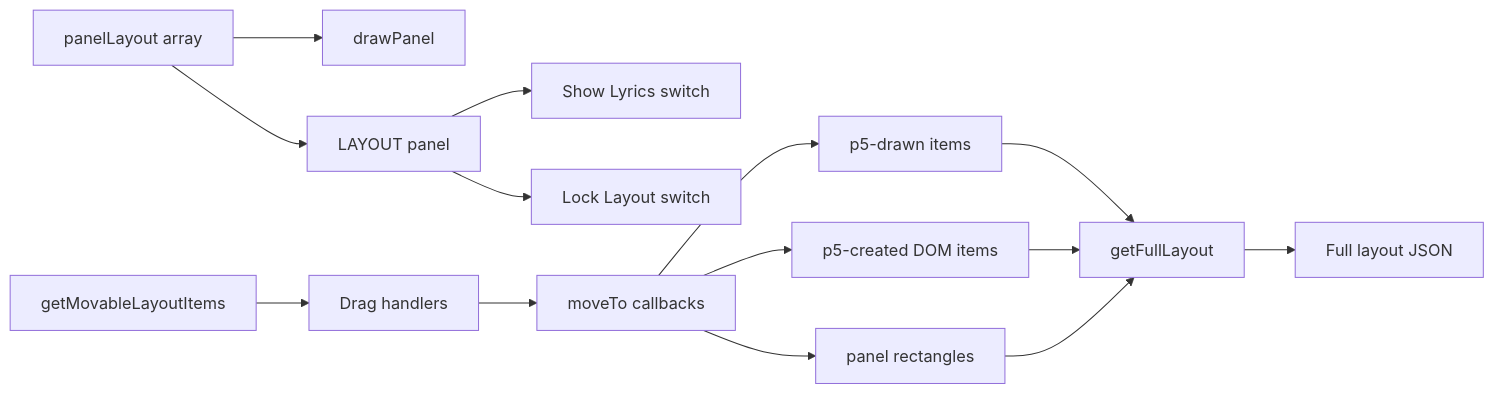
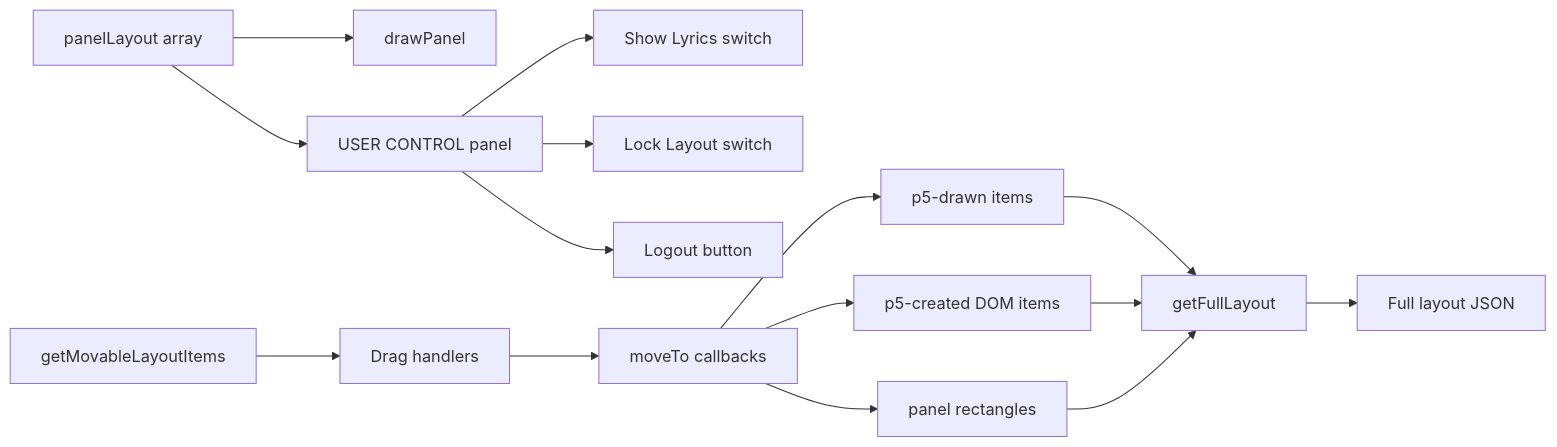
One commit to Leorivasc/neon_deck changed the ninth of 11 diagrams in doc/diagrams.md. Above: the diagram before and after it, drawn with Mermaid. The commit also changed other lines of this file and 6 other files, not shown here.

Commit message:
Component relocation, login checking, logout button

````diff
--- a/doc/diagrams.md
+++ b/doc/diagrams.md
@@ -214,17 +231,18 @@
 ```mermaid
 flowchart LR
     PanelLayout[panelLayout array] --> DrawPanels[drawPanel]
-    PanelLayout --> LayoutTools[LAYOUT panel]
+    PanelLayout --> LayoutTools[USER CONTROL panel]
     LayoutTools --> ShowLyrics[Show Lyrics switch]
     LayoutTools --> LockLayout[Lock Layout switch]
+    LayoutTools --> Logout[Logout button]
     Movables[getMovableLayoutItems] --> Drag[Drag handlers]
     Drag --> Apply[moveTo callbacks]
     Apply --> P5Items[p5-drawn items]
     Apply --> DomItems[p5-created DOM items]
     Apply --> Panels[panel rectangles]
 
     P5Items --> Full[getFullLayout]
     DomItems --> Full
     Panels --> Full
     Full --> Console[Full layout JSON]
 ```
````
